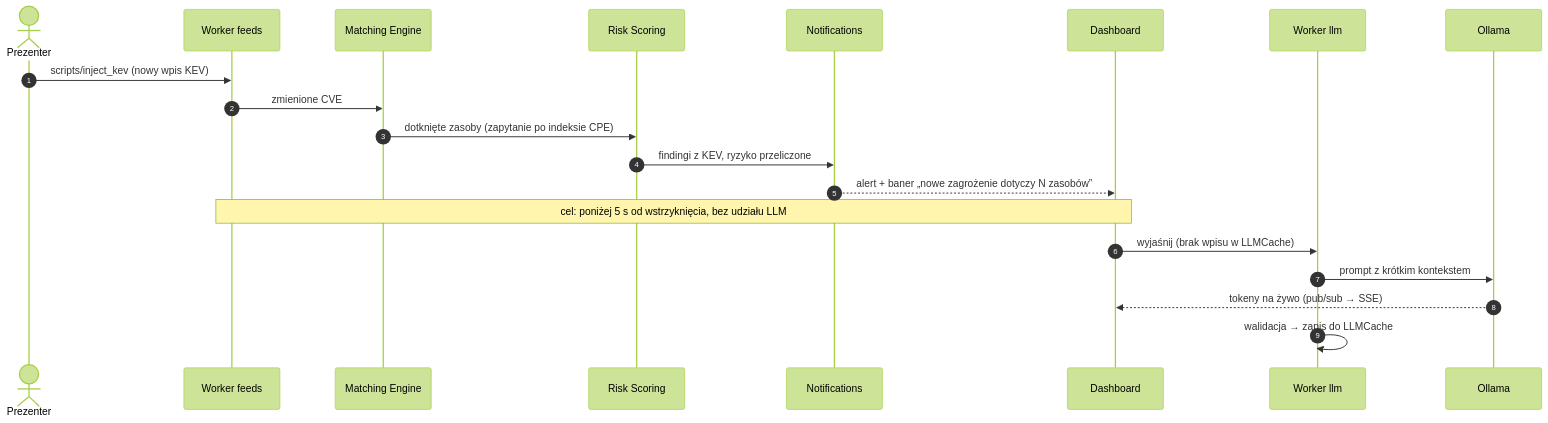
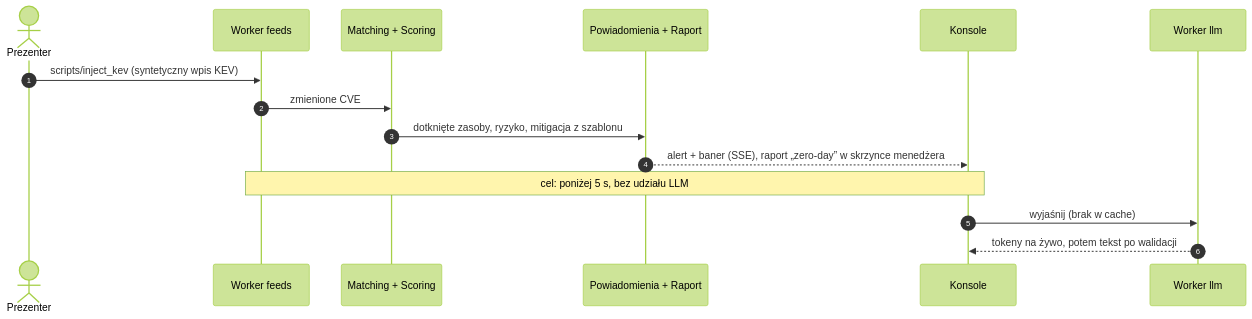
Before and after one commit to bartekmosionek12-bit/Sentinel: the eighth of 8 diagrams in docs/ARCHITECTURE.md, drawn with Mermaid (forest theme). The commit also changed other lines of this file and 1 other file, not shown here.

First line of the commit message:
docs: architektura v2 pod pełną specyfikację, ROADMAP z linią cięcia

````diff
--- a/docs/ARCHITECTURE.md
+++ b/docs/ARCHITECTURE.md
@@ -519,23 +731,18 @@
 ```mermaid
 sequenceDiagram
     autonumber
     actor O as Prezenter
     participant F as Worker feeds
-    participant M as Matching Engine
-    participant R as Risk Scoring
-    participant N as Notifications
-    participant U as Dashboard
+    participant X as Matching + Scoring
+    participant N as Powiadomienia + Raport
+    participant U as Konsole
     participant L as Worker llm
-    participant OL as Ollama
 
-    O->>F: scripts/inject_kev (nowy wpis KEV)
-    F->>M: zmienione CVE
-    M->>R: dotknięte zasoby (zapytanie po indeksie CPE)
-    R->>N: findingi z KEV, ryzyko przeliczone
-    N-->>U: alert + baner „nowe zagrożenie dotyczy N zasobów”
-    Note over F,U: cel: poniżej 5 s od wstrzyknięcia, bez udziału LLM
-    U->>L: wyjaśnij (brak wpisu w LLMCache)
-    L->>OL: prompt z krótkim kontekstem
-    OL-->>U: tokeny na żywo (pub/sub → SSE)
-    L->>L: walidacja → zapis do LLMCache
+    O->>F: scripts/inject_kev (syntetyczny wpis KEV)
+    F->>X: zmienione CVE
+    X->>N: dotknięte zasoby, ryzyko, mitigacja z szablonu
+    N-->>U: alert + baner (SSE), raport „zero-day” w skrzynce menedżera
+    Note over F,U: cel: poniżej 5 s, bez udziału LLM
+    U->>L: wyjaśnij (brak w cache)
+    L-->>U: tokeny na żywo, potem tekst po walidacji
 ```
````
